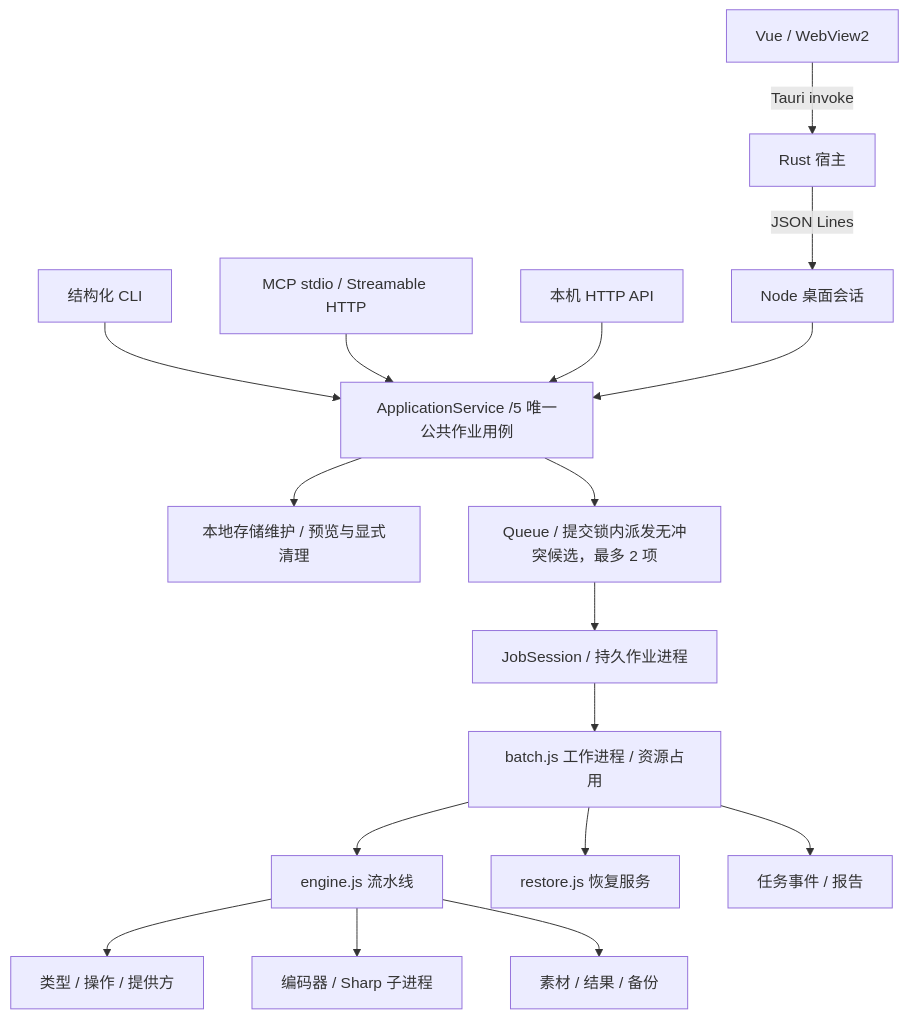
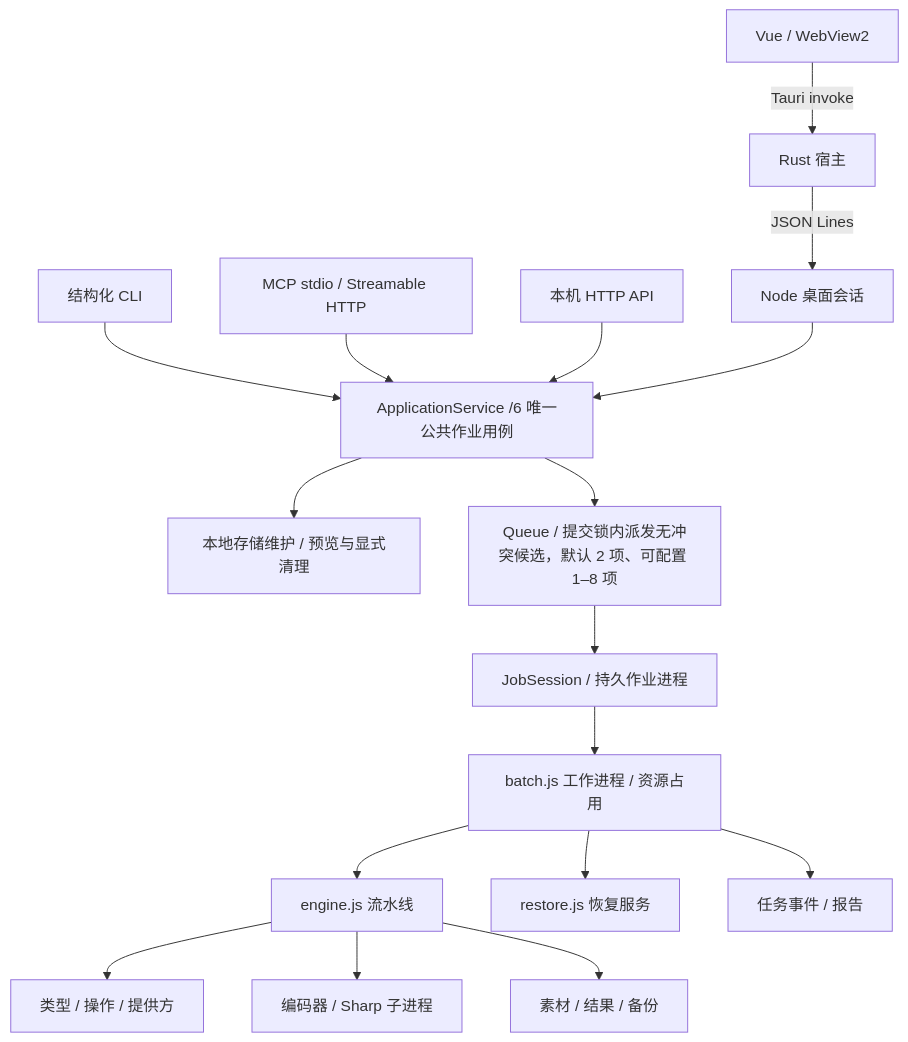
The diagram in docs/architecture/overview.md (ISQIShI/AssetToolbox), drawn with Mermaid before and after one commit. The commit also changed other lines of this file and 54 other files, not shown here.

````diff
--- a/docs/architecture/overview.md
+++ b/docs/architecture/overview.md
@@ -7,19 +7,19 @@
 ```mermaid
 flowchart TD
     UI[Vue / WebView2] -->|Tauri invoke| Host[Rust 宿主]
     Host -->|JSON Lines| Bridge[Node 桌面会话]
-    CLI[结构化 CLI] --> Application[ApplicationService /5 唯一公共作业用例]
+    CLI[结构化 CLI] --> Application[ApplicationService /6 唯一公共作业用例]
     MCP[MCP stdio / Streamable HTTP] --> Application
     HTTP[本机 HTTP API] --> Application
     Bridge --> Application
     Application --> Storage[本地存储维护 / 预览与显式清理]
-    Application --> Queue[Queue / 提交锁内派发无冲突候选，最多 2 项]
+    Application --> Queue[Queue / 提交锁内派发无冲突候选，默认 2 项、可配置 1–8 项]
     Queue --> Session[JobSession / 持久作业进程]
     Session --> Worker[batch.js 工作进程 / 资源占用]
     Worker --> Engine[engine.js 流水线]
     Engine --> Catalog[类型 / 操作 / 提供方]
     Engine --> Tool[编码器 / Sharp 子进程]
     Worker --> Restore[restore.js 恢复服务]
     Worker --> Data[任务事件 / 报告]
     Engine --> Files[素材 / 结果 / 备份]
 ```
````
